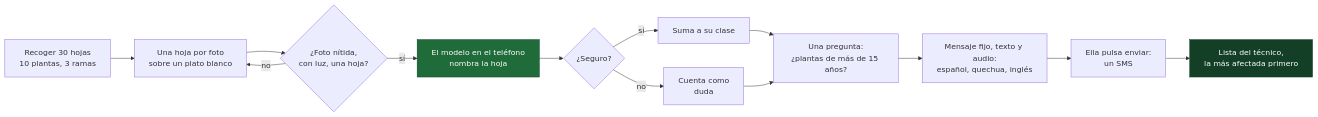
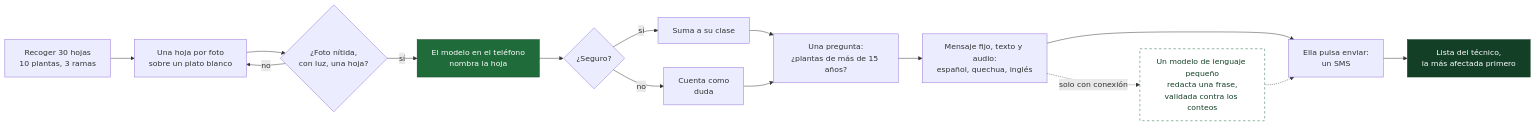
Before and after one commit to Proyecto-troya/Glyph-Squad: the diagram in README.es.md, drawn with Mermaid. The commit also changed other lines of this file and 6 other files, not shown here.

````diff
--- a/README.es.md
+++ b/README.es.md
@@ -89,18 +89,21 @@
 ```mermaid
 flowchart LR
     A["Recoger 30 hojas<br>10 plantas, 3 ramas"] --> B["Una hoja por foto<br>sobre un plato blanco"]
     B --> C{"¿Foto nítida,<br>con luz, una hoja?"}
     C -- no --> B
     C -- sí --> D["El modelo en el teléfono<br>nombra la hoja"]
     D --> E{"¿Seguro?"}
     E -- sí --> F["Suma a su clase"]
     E -- no --> G["Cuenta como<br>duda"]
     F --> H["Una pregunta:<br>¿plantas de más de 15 años?"]
     G --> H
     H --> I["Mensaje fijo, texto y audio:<br>español, quechua, inglés"]
     I --> J["Ella pulsa enviar:<br>un SMS"]
+    I -. "solo con conexión" .-> L["Un modelo de lenguaje pequeño<br>redacta una frase,<br>validada contra los conteos"]
+    L -.-> J
     J --> K["Lista del técnico,<br>la más afectada primero"]
 
     style D fill:#1f6b3a,stroke:#133f27,color:#ffffff
     style K fill:#133f27,stroke:#133f27,color:#ffffff
+    style L fill:#ffffff,stroke:#1f6b3a,color:#133f27,stroke-dasharray: 5 5
 ```
````
